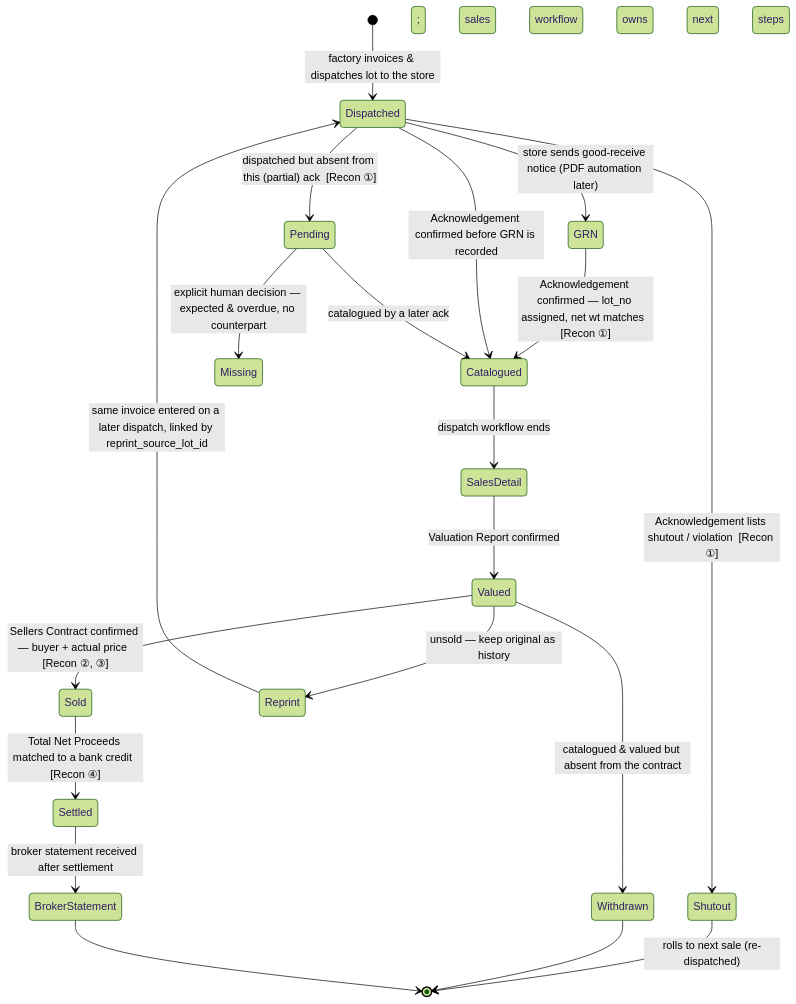
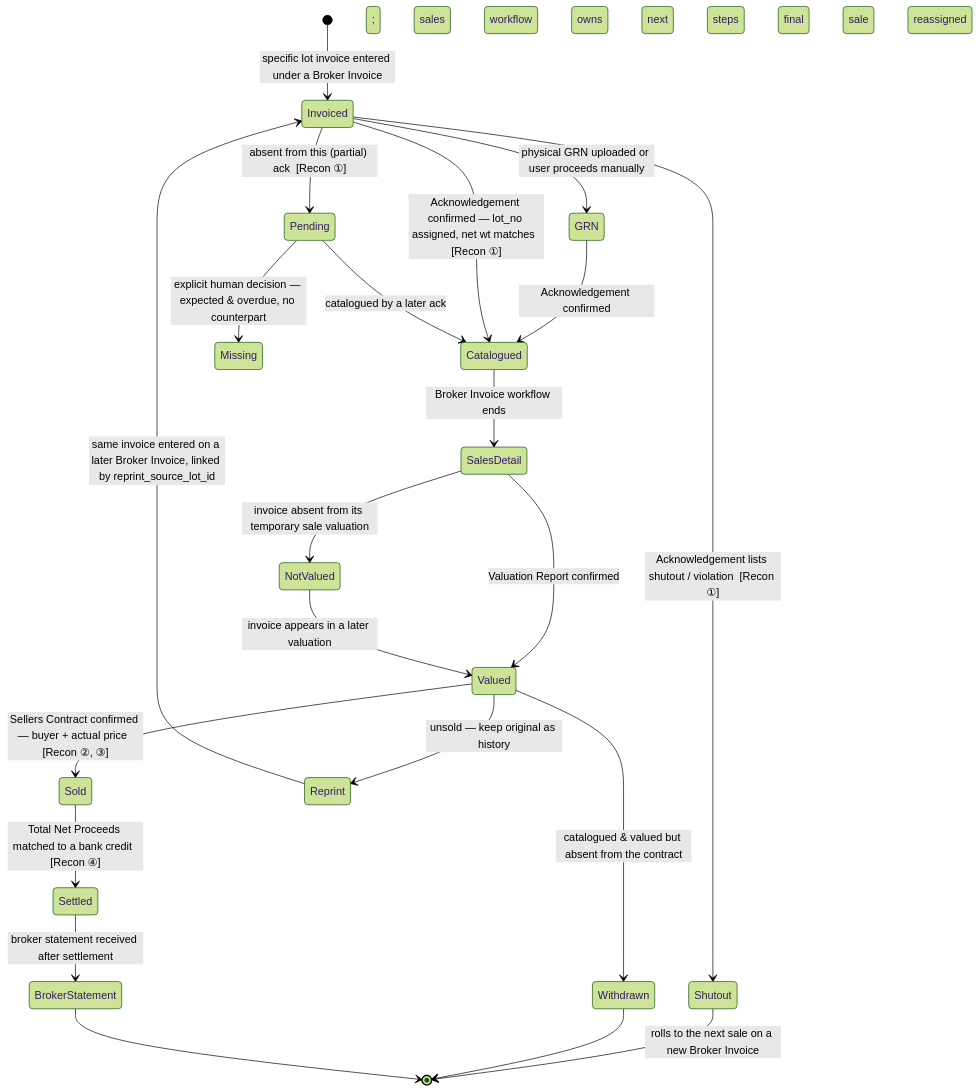
Before and after one commit to pasindubg/tea-factory-board-leaf-project: the diagram in docs/AUCTION.md, drawn with Mermaid (forest theme). The commit also changed other lines of this file and 69 other files, not shown here.

````diff
--- a/docs/AUCTION.md
+++ b/docs/AUCTION.md
@@ -101,22 +106,24 @@
 ```mermaid
 stateDiagram-v2
-    [*] --> Dispatched: factory invoices & dispatches lot to the store
-    Dispatched --> GRN: store sends good-receive notice (PDF automation later)
-    GRN --> Catalogued: Acknowledgement confirmed — lot_no assigned, net wt matches  [Recon ①]
-    Dispatched --> Catalogued: Acknowledgement confirmed before GRN is recorded
-    Dispatched --> Pending: dispatched but absent from this (partial) ack  [Recon ①]
-    Dispatched --> Shutout: Acknowledgement lists shutout / violation  [Recon ①]
+    [*] --> Invoiced: specific lot invoice entered under a Broker Invoice
+    Invoiced --> GRN: physical GRN uploaded or user proceeds manually
+    GRN --> Catalogued: Acknowledgement confirmed
+    Invoiced --> Catalogued: Acknowledgement confirmed — lot_no assigned, net wt matches  [Recon ①]
+    Invoiced --> Pending: absent from this (partial) ack  [Recon ①]
+    Invoiced --> Shutout: Acknowledgement lists shutout / violation  [Recon ①]
     Pending --> Catalogued: catalogued by a later ack
     Pending --> Missing: explicit human decision — expected & overdue, no counterpart
-    Catalogued --> SalesDetail: dispatch workflow ends; sales workflow owns next steps
+    Catalogued --> SalesDetail: Broker Invoice workflow ends; sales workflow owns next steps
     SalesDetail --> Valued: Valuation Report confirmed
+    SalesDetail --> NotValued: invoice absent from its temporary sale valuation
+    NotValued --> Valued: invoice appears in a later valuation; final sale reassigned
     Valued --> Sold: Sellers Contract confirmed — buyer + actual price  [Recon ②, ③]
     Valued --> Reprint: unsold — keep original as history
     Valued --> Withdrawn: catalogued & valued but absent from the contract
     Sold --> Settled: Total Net Proceeds matched to a bank credit  [Recon ④]
     Settled --> BrokerStatement: broker statement received after settlement
-    Reprint --> Dispatched: same invoice entered on a later dispatch, linked by reprint_source_lot_id
-    Shutout --> [*]: rolls to next sale (re-dispatched)
+    Reprint --> Invoiced: same invoice entered on a later Broker Invoice, linked by reprint_source_lot_id
+    Shutout --> [*]: rolls to the next sale on a new Broker Invoice
     Withdrawn --> [*]
     BrokerStatement --> [*]
 ```
````
